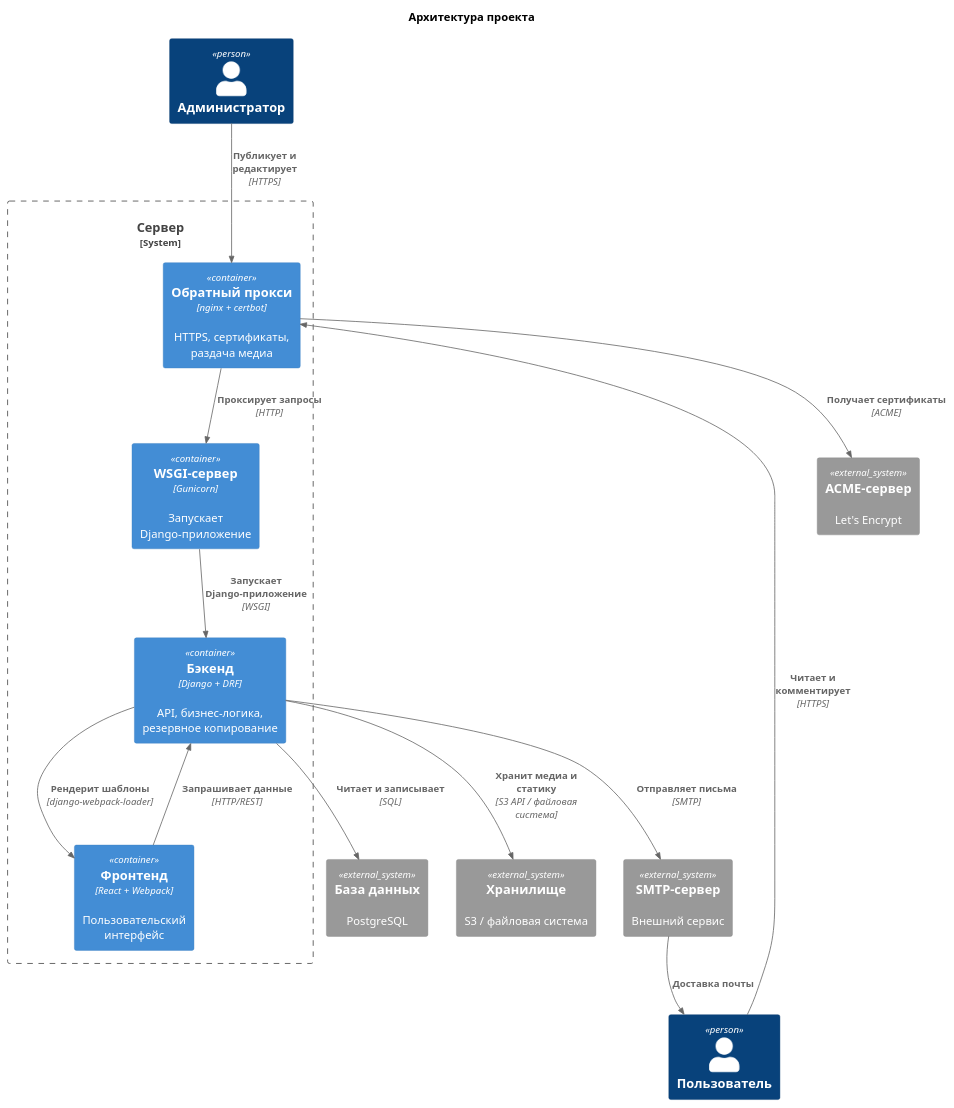
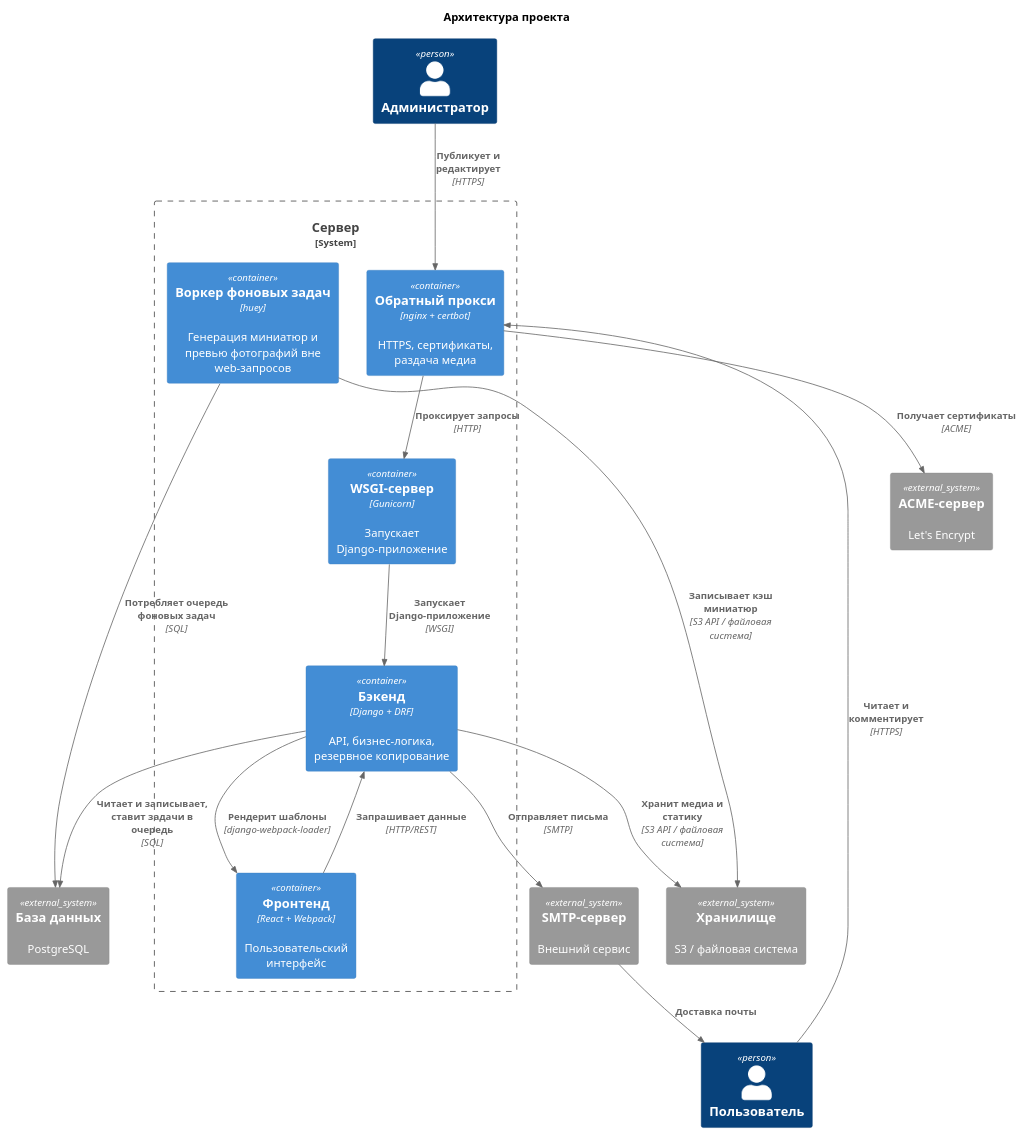
Before and after one commit to mikhpo/personal-website: the diagram in docs/diagrams/src/container.puml, drawn with PlantUML. The commit also changed 26 other files, not shown here.

First line of the commit message:
feat: фоновая генерация превью и миниатюр после загрузки фотографий

```diff
--- a/docs/diagrams/src/container.puml
+++ b/docs/diagrams/src/container.puml
@@ -1,34 +1,37 @@
 @startuml container
 
 !include <C4/C4_Container>
 
 title Архитектура проекта
 
 Person(user, "Пользователь")
 Person(admin, "Администратор")
 
 System_Boundary(server, "Сервер") {
     Container(proxy, "Обратный прокси", "nginx + certbot", "HTTPS, сертификаты, раздача медиа")
     Container(gunicorn, "WSGI-сервер", "Gunicorn", "Запускает Django-приложение")
     Container(backend, "Бэкенд", "Django + DRF", "API, бизнес-логика, резервное копирование")
     Container(frontend, "Фронтенд", "React + Webpack", "Пользовательский интерфейс")
+    Container(worker, "Воркер фоновых задач", "huey", "Генерация миниатюр и превью фотографий вне web-запросов")
 }
 
 System_Ext(db, "База данных", "PostgreSQL")
 System_Ext(s3, "Хранилище", "S3 / файловая система")
 System_Ext(smtp, "SMTP-сервер", "Внешний сервис")
 System_Ext(le, "ACME-сервер", "Let's Encrypt")
 
 Rel(user, proxy, "Читает и комментирует", "HTTPS")
 Rel(admin, proxy, "Публикует и редактирует", "HTTPS")
 Rel(proxy, gunicorn, "Проксирует запросы", "HTTP")
 Rel(gunicorn, backend, "Запускает Django-приложение", "WSGI")
 Rel(backend, frontend, "Рендерит шаблоны", "django-webpack-loader")
 Rel(frontend, backend, "Запрашивает данные", "HTTP/REST")
-Rel(backend, db, "Читает и записывает", "SQL")
+Rel(backend, db, "Читает и записывает, ставит задачи в очередь", "SQL")
 Rel(backend, s3, "Хранит медиа и статику", "S3 API / файловая система")
 Rel(backend, smtp, "Отправляет письма", "SMTP")
+Rel(worker, db, "Потребляет очередь фоновых задач", "SQL")
+Rel(worker, s3, "Записывает кэш миниатюр", "S3 API / файловая система")
 Rel(smtp, user, "Доставка почты")
 Rel(proxy, le, "Получает сертификаты", "ACME")
 
 @enduml
```
